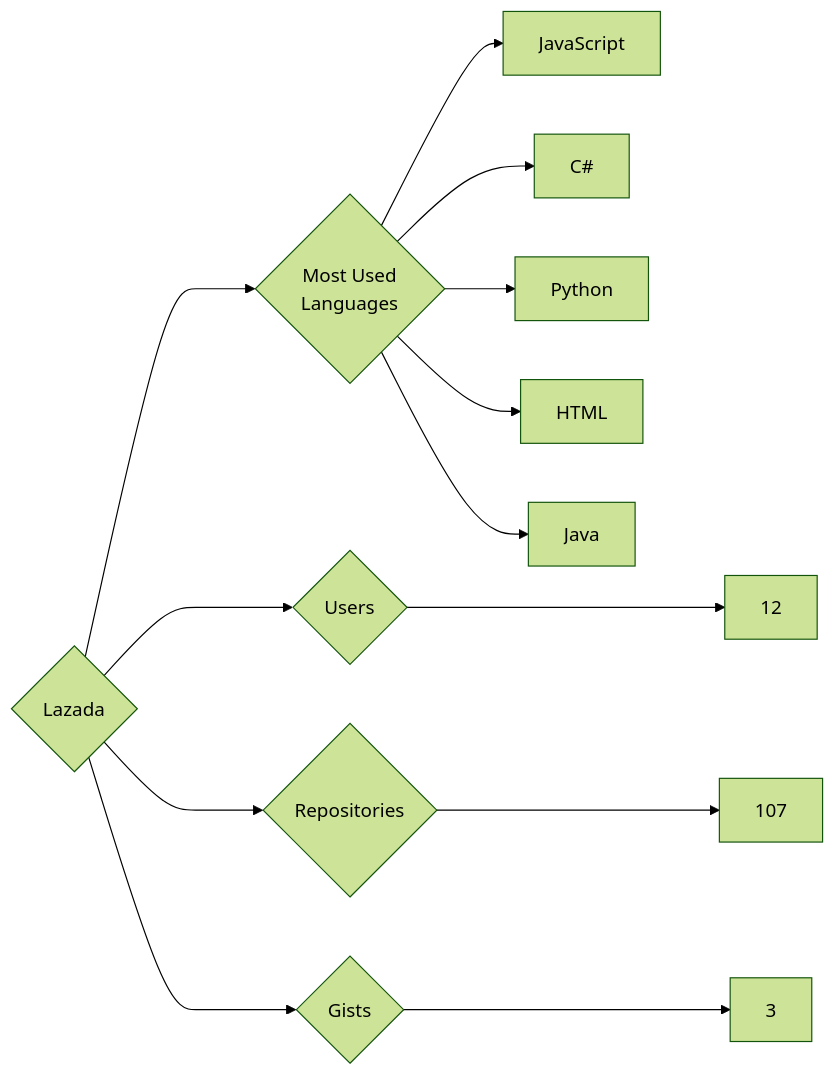
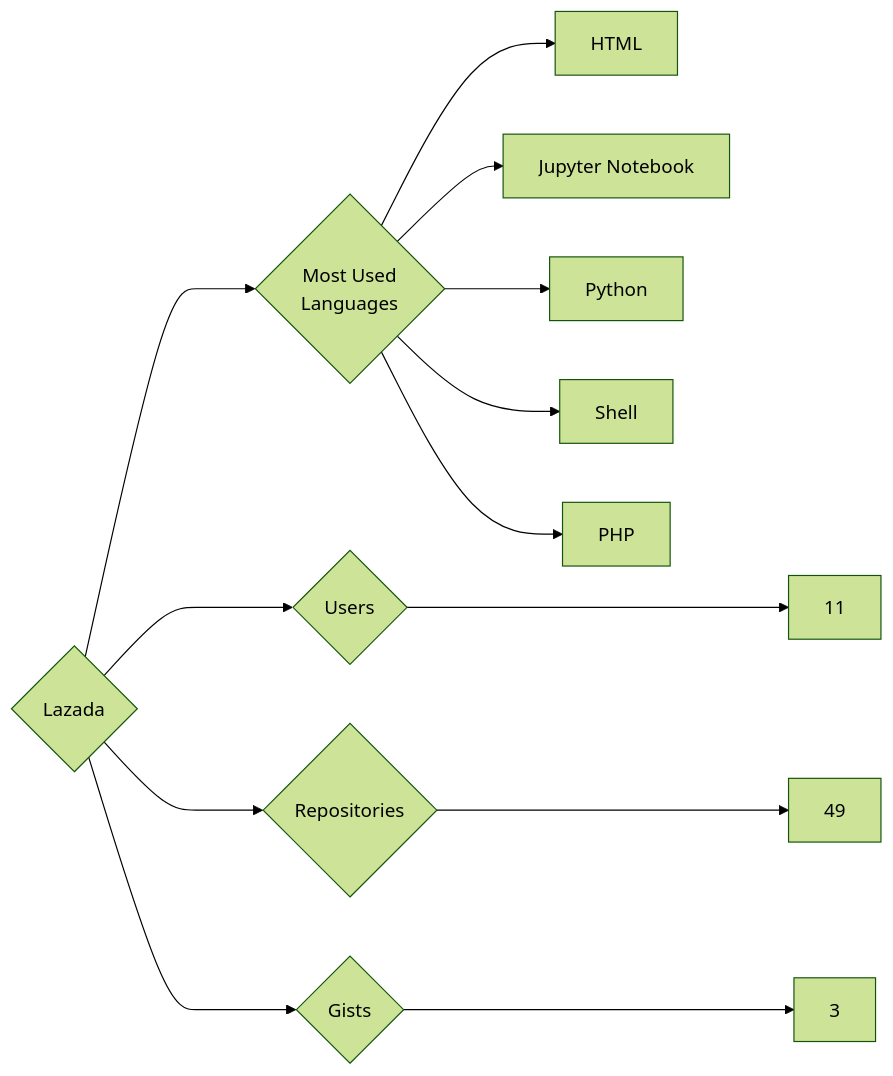
One commit to trickest/insiders changed the diagram in targets/Lazada/README.md. Above: the diagram before and after it, drawn with Mermaid (forest theme). The commit also changed 720 other files, not shown here.

````diff
--- a/targets/Lazada/README.md
+++ b/targets/Lazada/README.md
@@ -3,13 +3,13 @@
 ```mermaid
 graph LR
 COMPANY_NAME{Lazada}
-COMPANY_NAME ---> U{Users} ---> UN[12]
-COMPANY_NAME ---> R{Repositories} ---> RN[107]
+COMPANY_NAME ---> U{Users} ---> UN[11]
+COMPANY_NAME ---> R{Repositories} ---> RN[49]
 COMPANY_NAME ---> G{Gists} ---> GN[3]
 COMPANY_NAME ---> ML{Most Used<br>Languages}
-ML --> JavaScript[JavaScript]
-ML --> C#[C#]
+ML --> HTML[HTML]
+ML --> Jupyter_Notebook[Jupyter Notebook]
 ML --> Python[Python]
-ML --> HTML[HTML]
-ML --> Java[Java]
+ML --> Shell[Shell]
+ML --> PHP[PHP]
 ```
````
